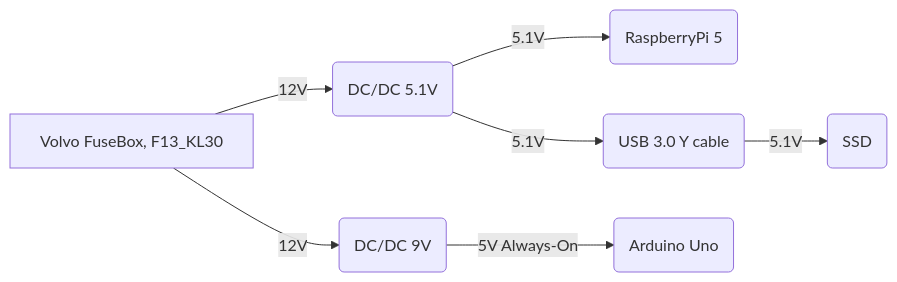
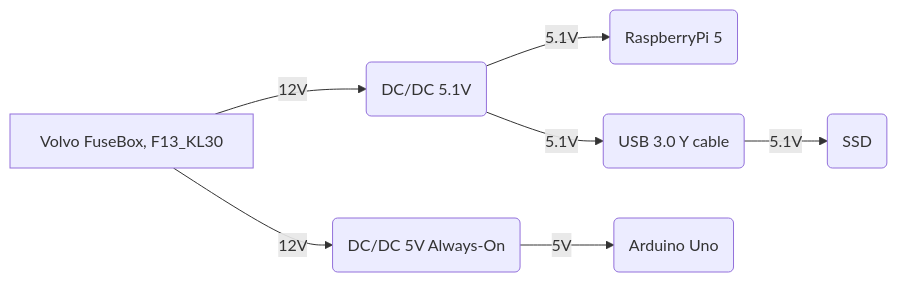
Before and after one commit to martis2580/Outdated-Volvo-Nav-Retrofit: the second of 5 diagrams in README.md, drawn with Mermaid.

Commit message:
Modify flowchart in README for voltage outputs
Updated flowchart to reflect changes in voltage outputs for components.

````diff
--- a/README.md
+++ b/README.md
@@ -101,8 +101,8 @@
 ```mermaid
 flowchart LR
 A[Volvo FuseBox, F13_KL30] -->|12V| B(DC/DC 5.1V)
-A[Volvo FuseBox, F13_KL30] -->|12V| C(DC/DC 9V)
+A[Volvo FuseBox, F13_KL30] -->|12V| C(DC/DC 5V Always-On)
 B -->|5.1V| D(RaspberryPi 5)
 B -->|5.1V| E(USB 3.0 Y cable)-->|5.1V| F(SSD)
-C -->|5V Always-On| G(Arduino Uno)
+C -->|5V| G(Arduino Uno)
 ```
````
